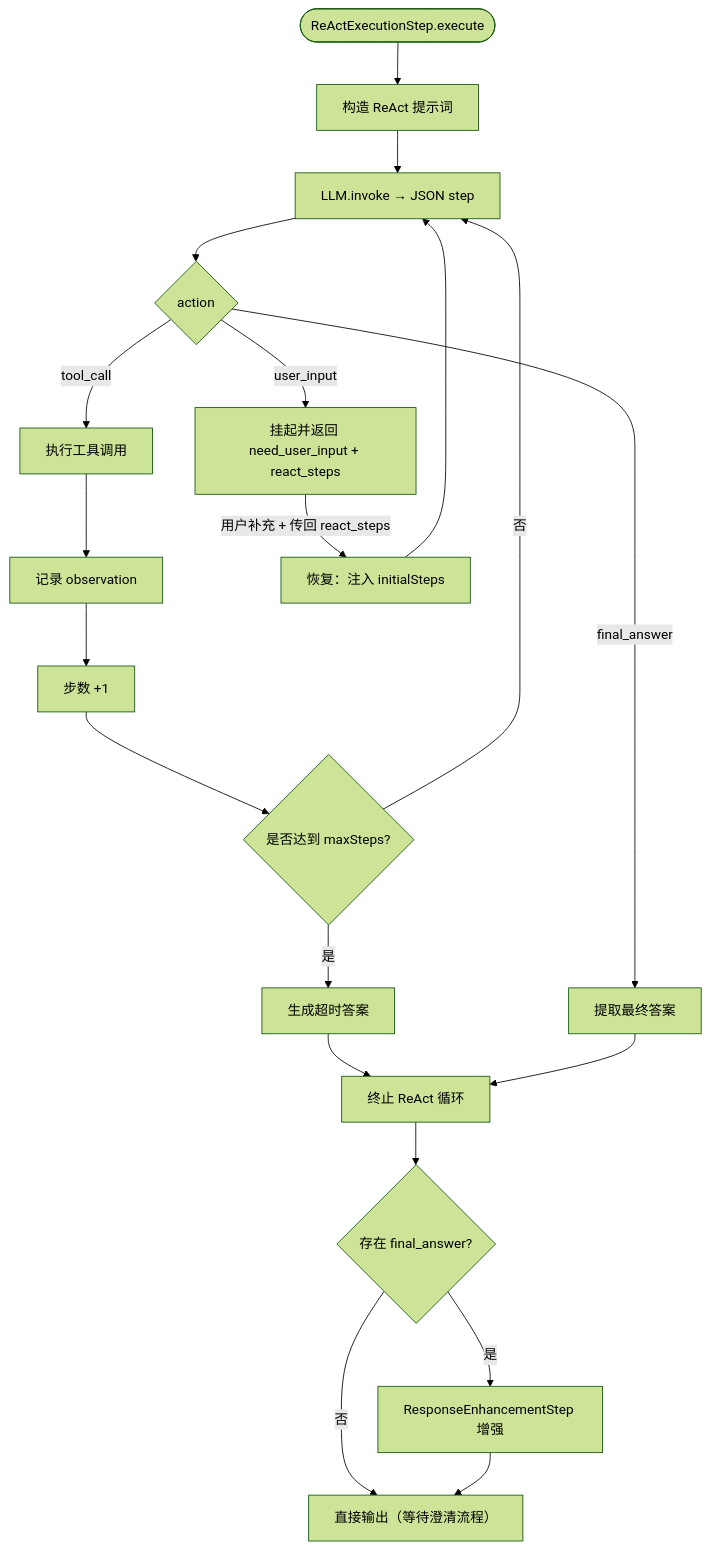
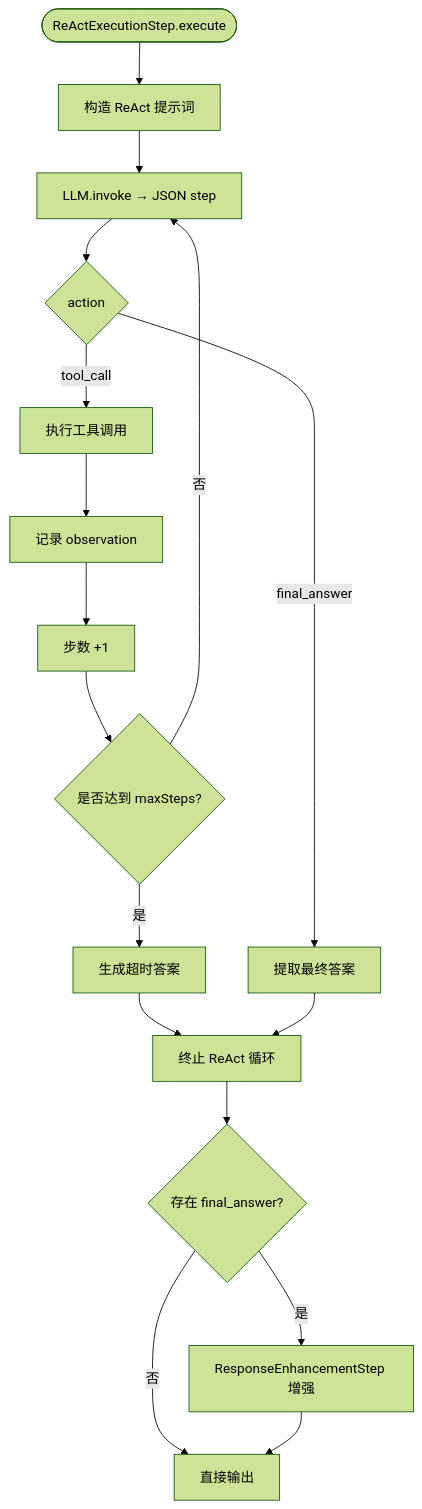
Before and after one commit to seemrcola/bot-server: the second of 2 diagrams in docs/react-flow.md, drawn with Mermaid (forest theme). The commit also changed other lines of this file and 11 other files, not shown here.

````diff
--- a/docs/react-flow.md
+++ b/docs/react-flow.md
@@ -65,29 +64,25 @@
 ```mermaid
 flowchart TD
   start([ReActExecutionStep.execute]) --> build[构造 ReAct 提示词]
   build --> invoke[LLM.invoke → JSON step]
   invoke --> decision{action}
 
   %% tool_call 分支（向下）
   decision -- tool_call --> callTool[执行工具调用]
   callTool --> obs[记录 observation]
   obs --> stepInc[步数 +1]
   stepInc --> check{是否达到 maxSteps?}
   check -- 否 --> invoke
   check -- 是 --> timeout[生成超时答案]
 
   %% 终止类分支（与 tool_call 汇合）
   decision -- final_answer --> final[提取最终答案]
-  decision -- user_input  --> wait[挂起并返回 need_user_input + react_steps]
-  wait -- 用户补充 + 传回 react_steps --> resume[恢复：注入 initialSteps]
-  resume --> invoke
 
   timeout --> stop[终止 ReAct 循环]
   final   --> stop
-  %% 挂起并非终止，等待恢复
 
   stop --> enhance{存在 final_answer?}
   enhance -- 是 --> enhanceStep[ResponseEnhancementStep 增强]
-  enhance -- 否 --> output[直接输出（等待澄清流程）]
+  enhance -- 否 --> output[直接输出]
   enhanceStep --> output
 ```
````
